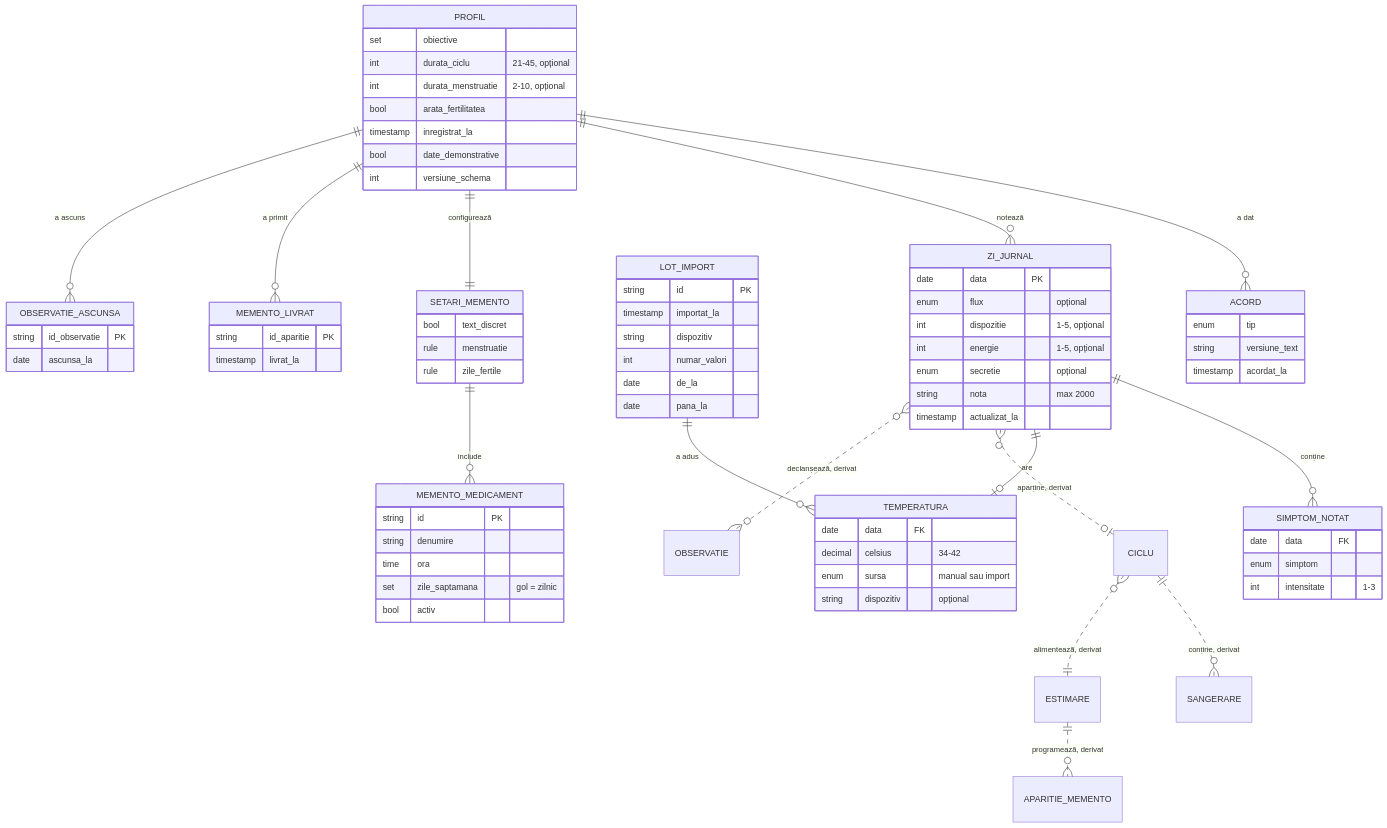
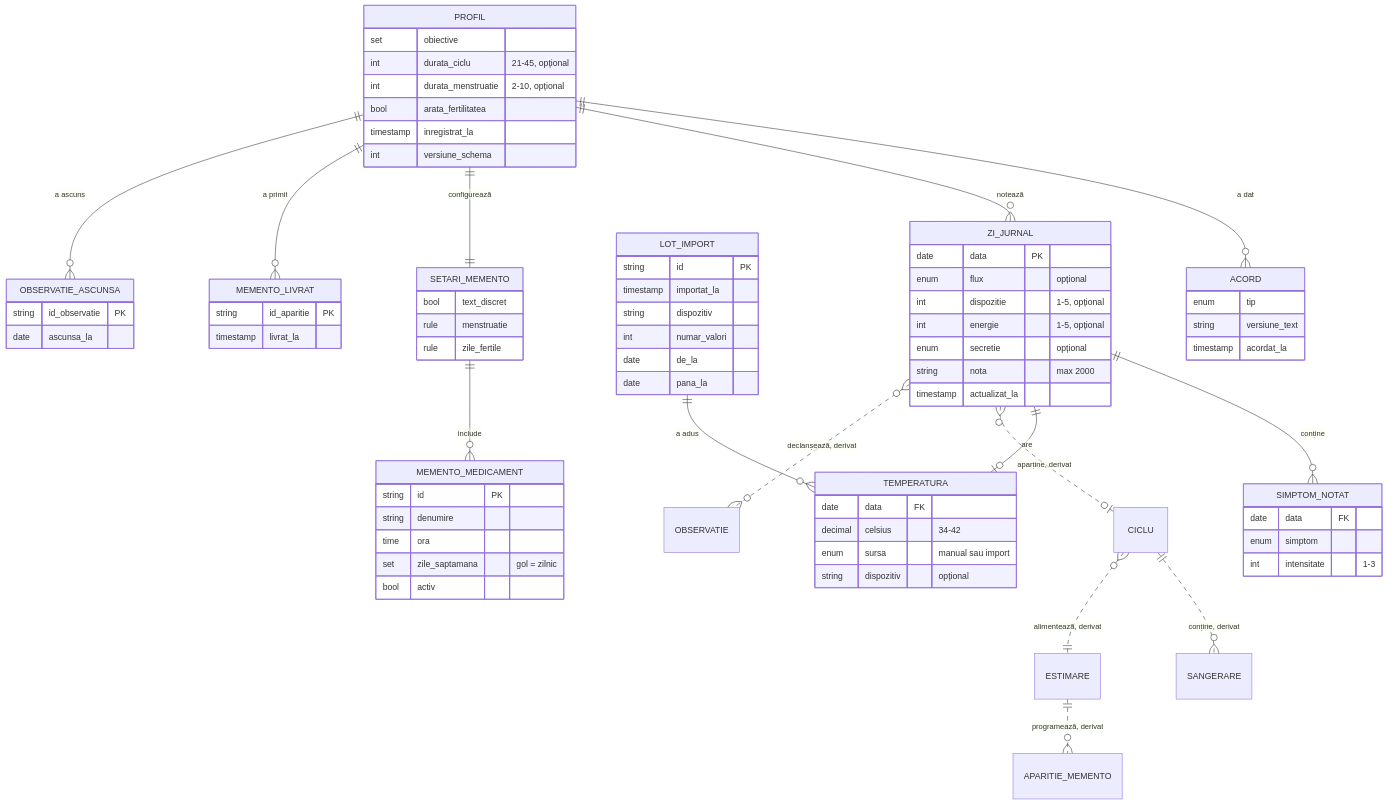
One commit to GideonNLp/Tutorial changed the first of 2 diagrams in cyclecare/docs/02-model-de-date.md. Above: the diagram before and after it, drawn with Mermaid. The commit also changed other lines of this file and 25 other files, not shown here.

````diff
--- a/cyclecare/docs/02-model-de-date.md
+++ b/cyclecare/docs/02-model-de-date.md
@@ -14,80 +14,79 @@
 ```mermaid
 erDiagram
     PROFIL ||--o{ ACORD : "a dat"
     PROFIL ||--o{ ZI_JURNAL : "notează"
     PROFIL ||--|| SETARI_MEMENTO : "configurează"
     ZI_JURNAL ||--o{ SIMPTOM_NOTAT : "conține"
     ZI_JURNAL ||--o| TEMPERATURA : "are"
     LOT_IMPORT ||--o{ TEMPERATURA : "a adus"
     SETARI_MEMENTO ||--o{ MEMENTO_MEDICAMENT : "include"
     PROFIL ||--o{ MEMENTO_LIVRAT : "a primit"
     PROFIL ||--o{ OBSERVATIE_ASCUNSA : "a ascuns"
     ZI_JURNAL }o..o| CICLU : "aparține, derivat"
     CICLU ||..o{ SANGERARE : "conține, derivat"
     CICLU }o..|| ESTIMARE : "alimentează, derivat"
     ESTIMARE ||..o{ APARITIE_MEMENTO : "programează, derivat"
     ZI_JURNAL }o..o{ OBSERVATIE : "declanșează, derivat"
 
     PROFIL {
         set obiective
         int durata_ciclu "21-45, opțional"
         int durata_menstruatie "2-10, opțional"
         bool arata_fertilitatea
         timestamp inregistrat_la
-        bool date_demonstrative
         int versiune_schema
     }
     ACORD {
         enum tip
         string versiune_text
         timestamp acordat_la
     }
     ZI_JURNAL {
         date data PK
         enum flux "opțional"
         int dispozitie "1-5, opțional"
         int energie "1-5, opțional"
         enum secretie "opțional"
         string nota "max 2000"
         timestamp actualizat_la
     }
     SIMPTOM_NOTAT {
         date data FK
         enum simptom
         int intensitate "1-3"
     }
     TEMPERATURA {
         date data FK
         decimal celsius "34-42"
         enum sursa "manual sau import"
         string dispozitiv "opțional"
     }
     LOT_IMPORT {
         string id PK
         timestamp importat_la
         string dispozitiv
         int numar_valori
         date de_la
         date pana_la
     }
     SETARI_MEMENTO {
         bool text_discret
         rule menstruatie
         rule zile_fertile
     }
     MEMENTO_MEDICAMENT {
         string id PK
         string denumire
         time ora
         set zile_saptamana "gol = zilnic"
         bool activ
     }
     MEMENTO_LIVRAT {
         string id_aparitie PK
         timestamp livrat_la
     }
     OBSERVATIE_ASCUNSA {
         string id_observatie PK
         date ascunsa_la
     }
 ```
````
